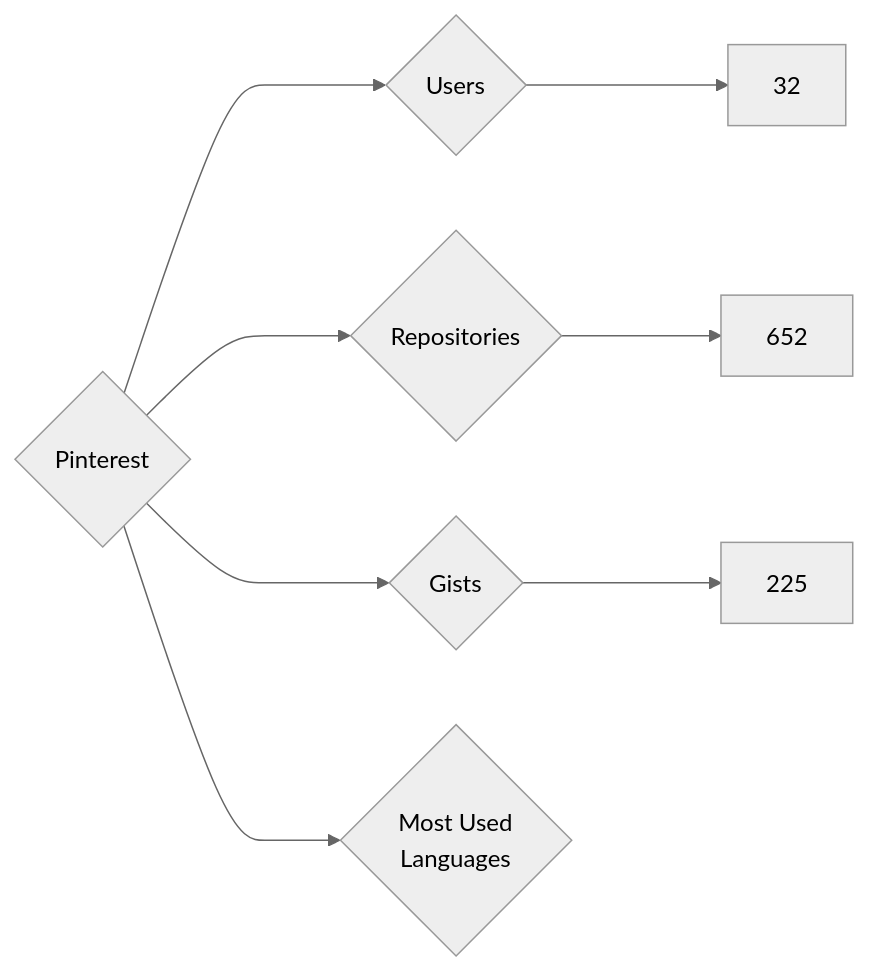
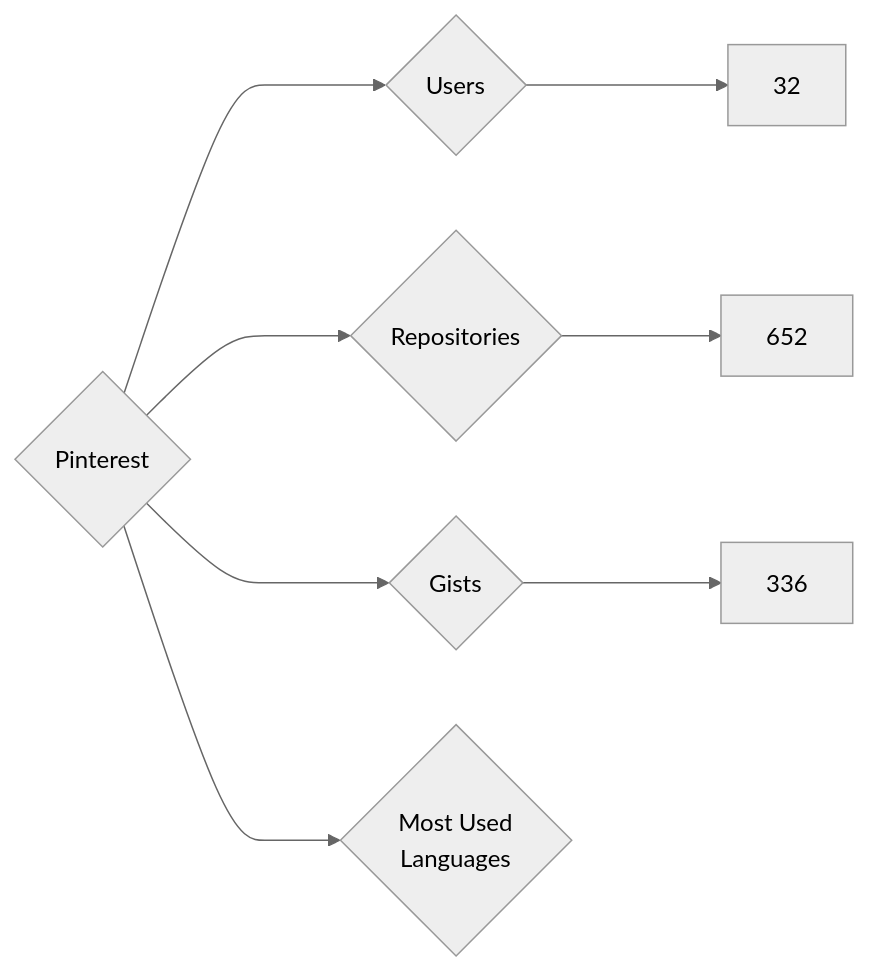
Before and after one commit to nenadzaric/insiders: the diagram in targets/Pinterest/README.md, drawn with Mermaid (neutral theme). The commit also changed 1342 other files, not shown here.

````diff
--- a/targets/Pinterest/README.md
+++ b/targets/Pinterest/README.md
@@ -3,8 +3,8 @@
 ```mermaid
 graph LR
 COMPANY_NAME{Pinterest}
 COMPANY_NAME ---> U{Users} ---> UN[32]
 COMPANY_NAME ---> R{Repositories} ---> RN[652]
-COMPANY_NAME ---> G{Gists} ---> GN[225]
+COMPANY_NAME ---> G{Gists} ---> GN[336]
 COMPANY_NAME ---> ML{Most Used<br>Languages}
 ```
````
